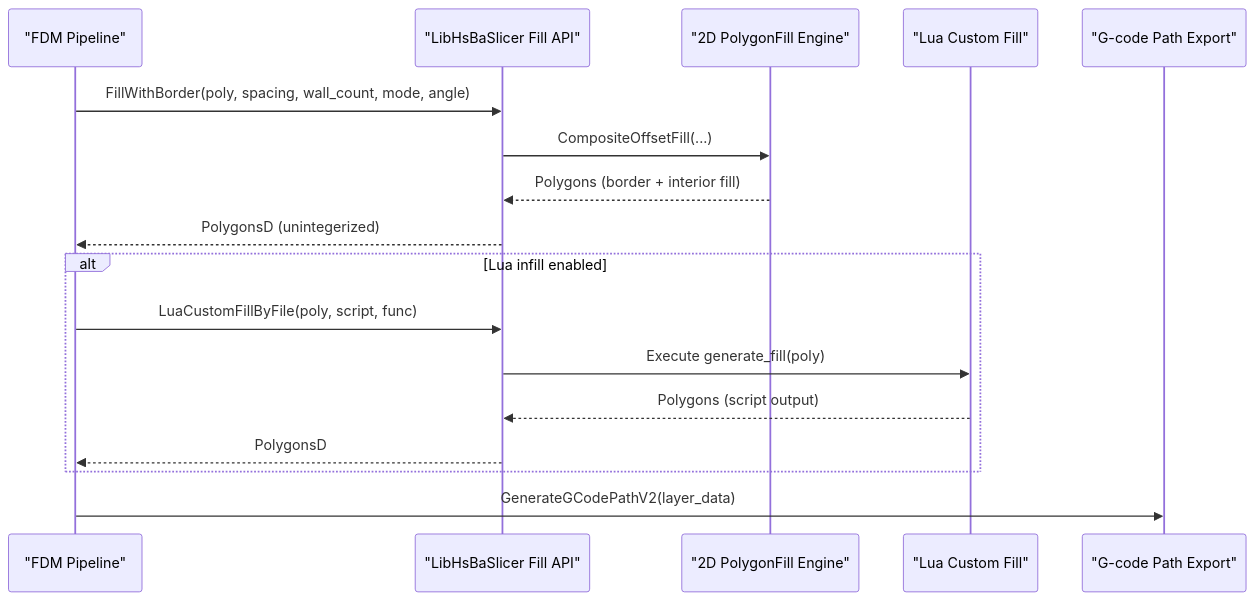
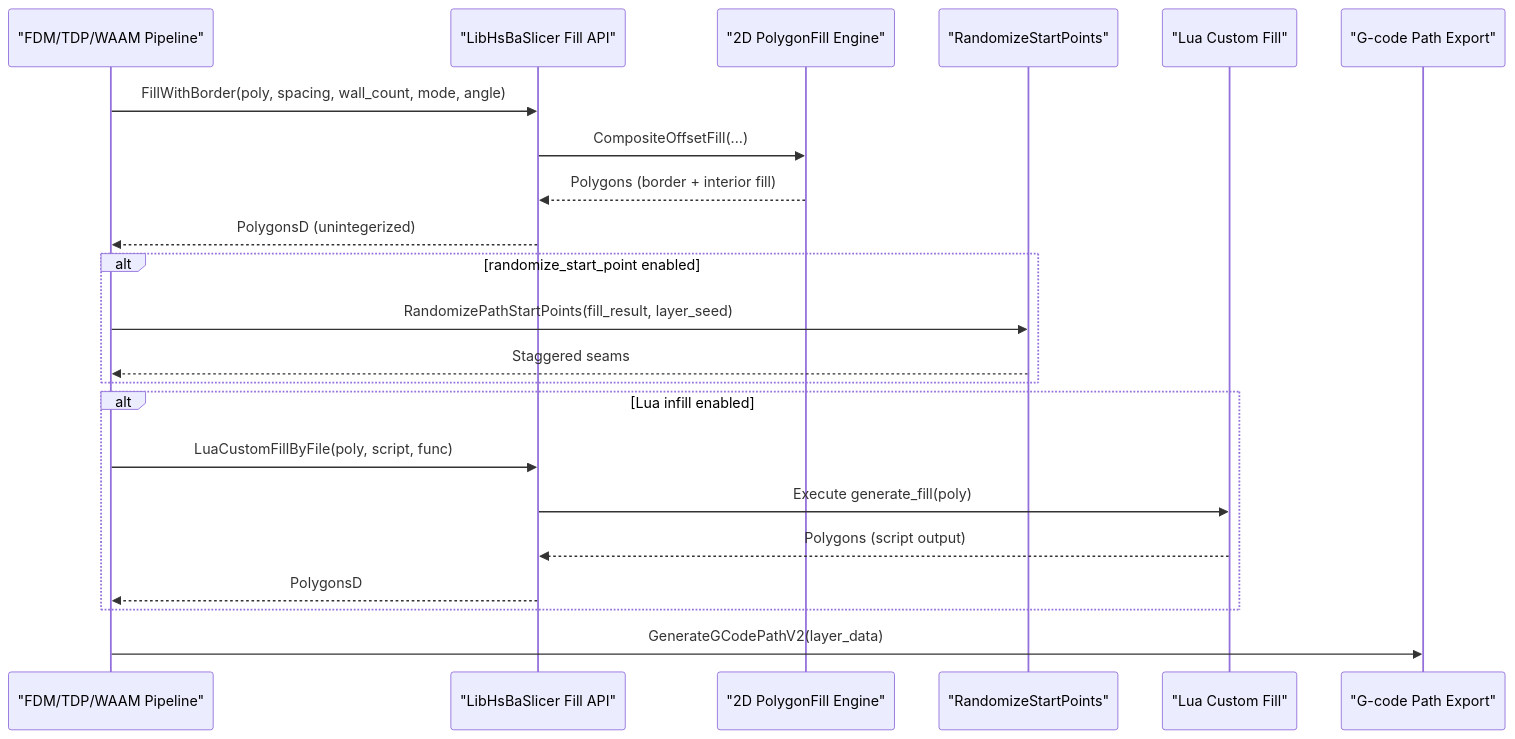
Before and after one commit to hsmbanlance/HsBaSlicer: the second of 14 diagrams in .qoder/repowiki/en/content/Core Modules/2D Geometry Engine (2D_)/Polygon Fill Algorithms.md, drawn with Mermaid. The commit also changed other lines of this file and 365 other files, not shown here.

````diff
--- a/.qoder/repowiki/en/content/Core Modules/2D Geometry Engine (2D_)/Polygon Fill Algorithms.md
+++ b/.qoder/repowiki/en/content/Core Modules/2D Geometry Engine (2D_)/Polygon Fill Algorithms.md
@@ -117,19 +136,24 @@
 ```mermaid
 sequenceDiagram
-participant Pipeline as "FDM Pipeline"
+participant Pipeline as "FDM/TDP/WAAM Pipeline"
 participant LibAPI as "LibHsBaSlicer Fill API"
 participant Engine as "2D PolygonFill Engine"
+participant Randomizer as "RandomizeStartPoints"
 participant Lua as "Lua Custom Fill"
 participant Export as "G-code Path Export"
 Pipeline->>LibAPI : FillWithBorder(poly, spacing, wall_count, mode, angle)
 LibAPI->>Engine : CompositeOffsetFill(...)
 Engine-->>LibAPI : Polygons (border + interior fill)
 LibAPI-->>Pipeline : PolygonsD (unintegerized)
+alt randomize_start_point enabled
+Pipeline->>Randomizer : RandomizePathStartPoints(fill_result, layer_seed)
+Randomizer-->>Pipeline : Staggered seams
+end
 alt Lua infill enabled
 Pipeline->>LibAPI : LuaCustomFillByFile(poly, script, func)
 LibAPI->>Lua : Execute generate_fill(poly)
 Lua-->>LibAPI : Polygons (script output)
 LibAPI-->>Pipeline : PolygonsD
 end
 Pipeline->>Export : GenerateGCodePathV2(layer_data)
 ```
````
